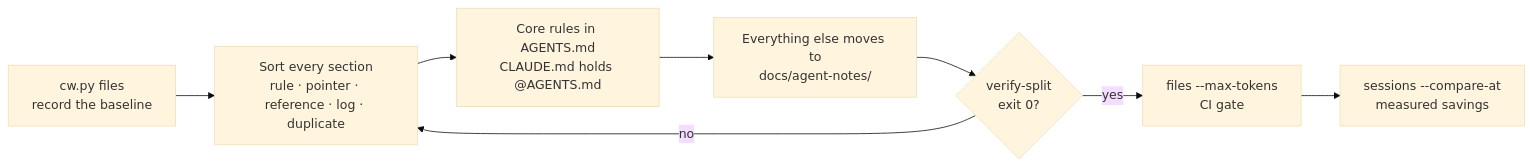
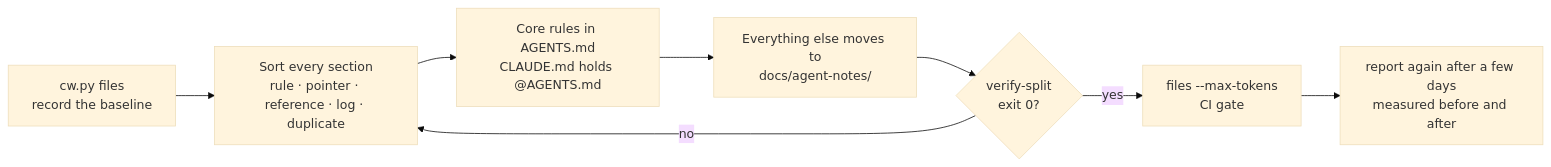
The diagram in README.md (ohm41321/context-weight), drawn with Mermaid (base theme) before and after one commit. The commit also changed other lines of this file and 10 other files, not shown here.

First line of the commit message:
Show before and after in report (0.3.0)

````diff
--- a/README.md
+++ b/README.md
@@ -131,10 +132,10 @@
 ```mermaid
 flowchart LR
   A["cw.py files<br/>record the baseline"] --> B["Sort every section<br/>rule · pointer · reference · log · duplicate"]
   B --> C["Core rules in AGENTS.md<br/>CLAUDE.md holds @AGENTS.md"]
   C --> D["Everything else moves to<br/>docs/agent-notes/"]
   D --> E{"verify-split<br/>exit 0?"}
   E -- "no" --> B
   E -- "yes" --> F["files --max-tokens<br/>CI gate"]
-  F --> G["sessions --compare-at<br/>measured savings"]
+  F --> G["report again after a few days<br/>measured before and after"]
 ```
````
